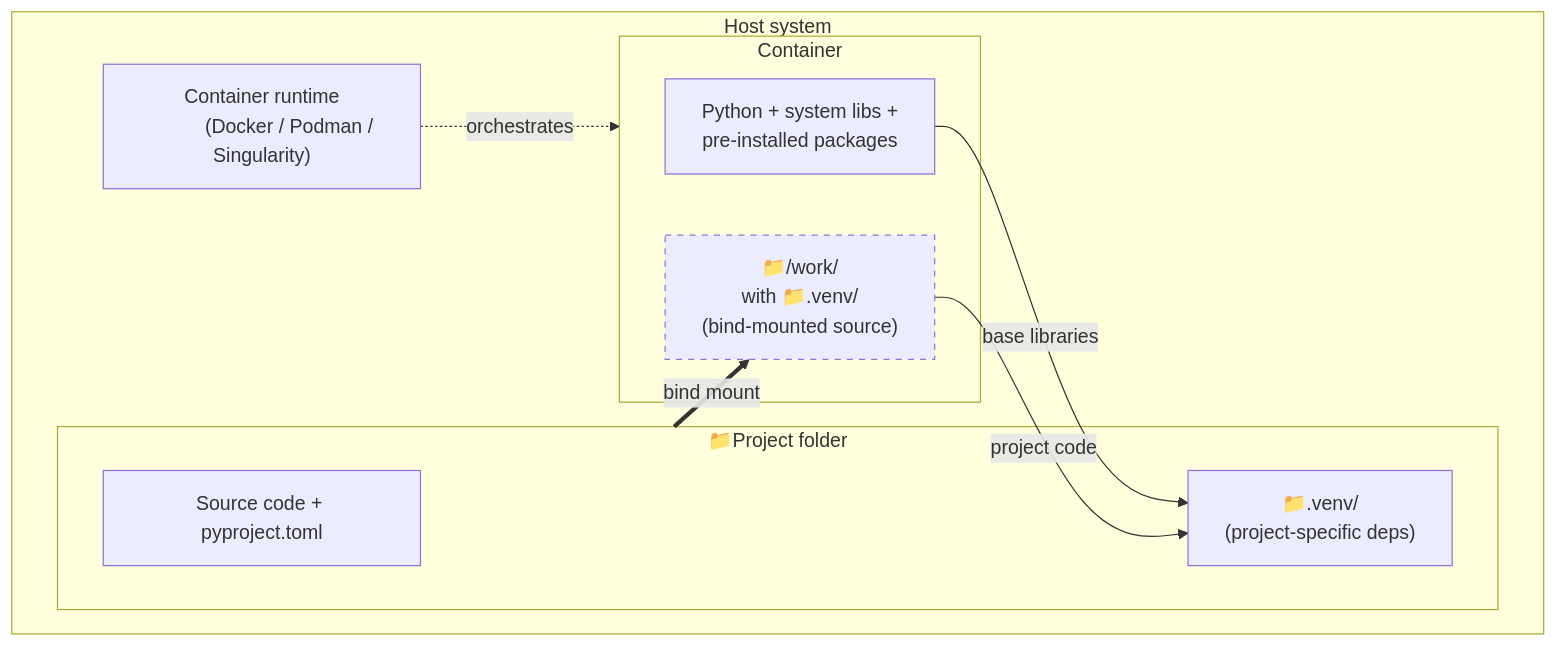
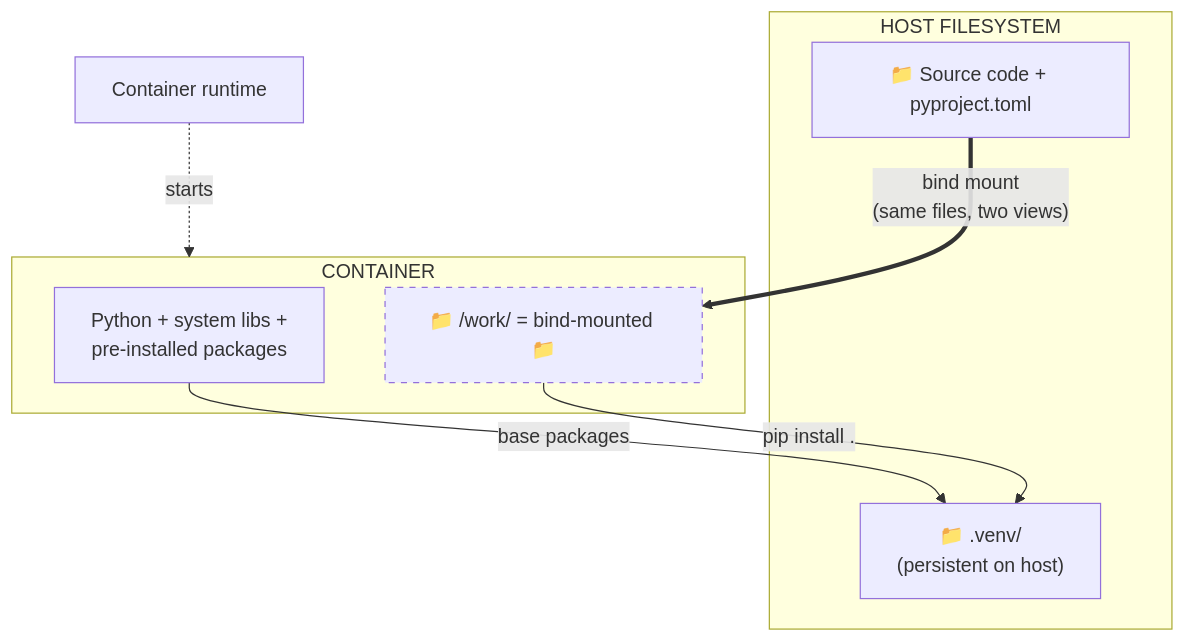
Before and after one commit to stamped-principles/stamped-examples: the first of 2 diagrams in content/examples/container-venv-overlay-development.md, drawn with Mermaid. The commit also changed other lines of this file, not shown here.

Commit message:
Simplify mermaid diagrams to vertical tier layout
Replace nested subgraph diagrams with simpler Option C layout:
HOST FILESYSTEM and CONTAINER as flat subgraphs with container
runtime as a bridge between them. Cleaner top-to-bottom flow,
shorter labels, and the persistent vs ephemeral difference is
immediately visible (venv node location changes between diagrams).

```diff
--- a/content/examples/container-venv-overlay-development.md
+++ b/content/examples/container-venv-overlay-development.md
@@ -37,25 +37,21 @@
 {{< mermaid >}}
 flowchart TB
-    subgraph host["Host system"]
-        runtime["Container runtime
-           (Docker / Podman / Singularity)"]
-        subgraph project["📁Project folder"]
-            code["Source code + pyproject.toml"]
-            venv-overlay["📁.venv/
-                 (project-specific deps)"]
-        end
-        subgraph container["Container"]
-            env["Python + system libs +
-                 pre-installed packages"]
-            work["📁/work/
-                  with 📁.venv/
-                 (bind-mounted source)"]:::dashed
-        end
+    subgraph host["HOST FILESYSTEM"]
+        code["📁 Source code + pyproject.toml"]
+        venv["📁 .venv/<br>(persistent on host)"]
+    end
 
+    runtime["Container runtime"]
+
+    subgraph container["CONTAINER"]
+        env["Python + system libs +<br>pre-installed packages"]
+        work["📁 /work/ = bind-mounted 📁"]:::dashed
     end
-    runtime -.->|orchestrates| container
-    project ==>|bind mount| work
-    env -->|base libraries| venv-overlay
-    work -->|project code| venv-overlay
+
+    runtime -.->|starts| container
+    code ==>|"bind mount<br>(same files, two views)"| work
+    env -->|base packages| venv
+    work -->|"pip install ."| venv
+
     classDef dashed stroke-dasharray: 5 5
 {{< /mermaid >}}
```
